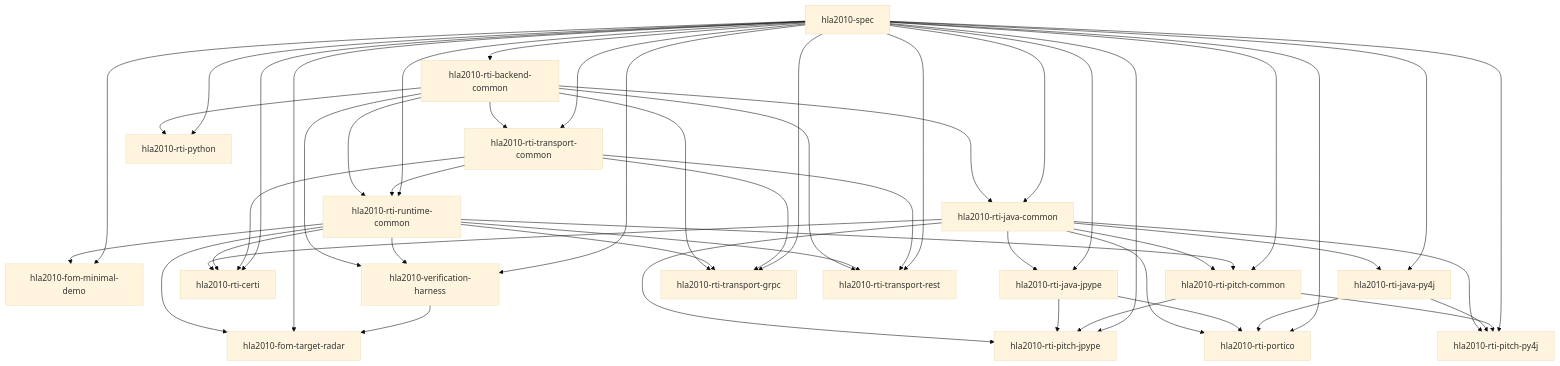
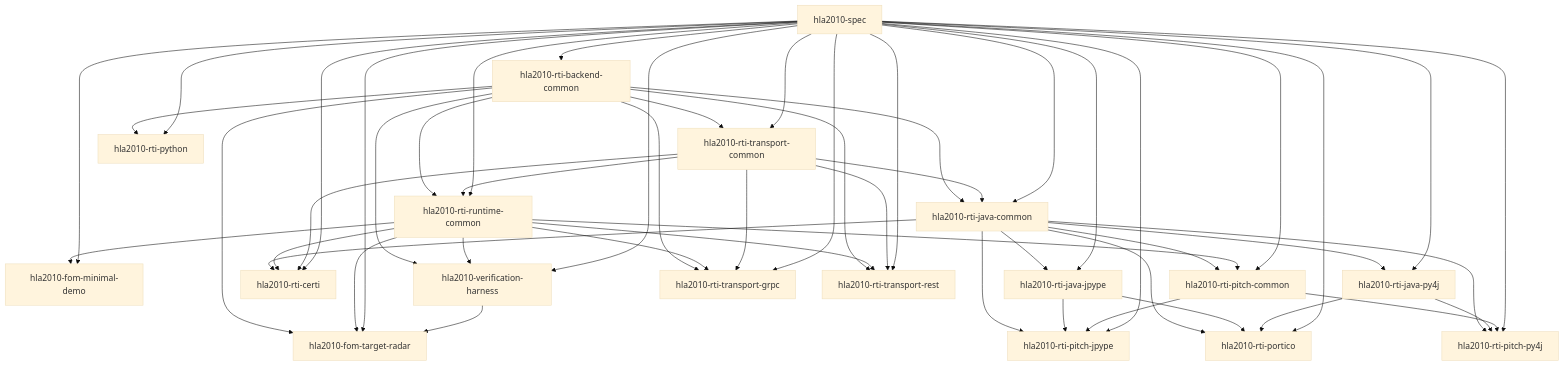
The diagram in docs/package_dependency_tree.md (sheepfling/sturdy-broccoli), drawn with Mermaid (base theme) before and after one commit. The commit also changed other lines of this file and 17 other files, not shown here.

````diff
--- a/docs/package_dependency_tree.md
+++ b/docs/package_dependency_tree.md
@@ -38,53 +38,55 @@
 ```mermaid
 graph TD
     hla2010_rti_runtime_common[hla2010-rti-runtime-common] --> hla2010_fom_minimal_demo[hla2010-fom-minimal-demo]
     hla2010_spec[hla2010-spec] --> hla2010_fom_minimal_demo[hla2010-fom-minimal-demo]
+    hla2010_rti_backend_common[hla2010-rti-backend-common] --> hla2010_fom_target_radar[hla2010-fom-target-radar]
     hla2010_rti_runtime_common[hla2010-rti-runtime-common] --> hla2010_fom_target_radar[hla2010-fom-target-radar]
     hla2010_spec[hla2010-spec] --> hla2010_fom_target_radar[hla2010-fom-target-radar]
     hla2010_verification_harness[hla2010-verification-harness] --> hla2010_fom_target_radar[hla2010-fom-target-radar]
     hla2010_spec[hla2010-spec] --> hla2010_rti_backend_common[hla2010-rti-backend-common]
     hla2010_rti_java_common[hla2010-rti-java-common] --> hla2010_rti_certi[hla2010-rti-certi]
     hla2010_rti_runtime_common[hla2010-rti-runtime-common] --> hla2010_rti_certi[hla2010-rti-certi]
     hla2010_rti_transport_common[hla2010-rti-transport-common] --> hla2010_rti_certi[hla2010-rti-certi]
     hla2010_spec[hla2010-spec] --> hla2010_rti_certi[hla2010-rti-certi]
     hla2010_rti_backend_common[hla2010-rti-backend-common] --> hla2010_rti_java_common[hla2010-rti-java-common]
+    hla2010_rti_transport_common[hla2010-rti-transport-common] --> hla2010_rti_java_common[hla2010-rti-java-common]
     hla2010_spec[hla2010-spec] --> hla2010_rti_java_common[hla2010-rti-java-common]
     hla2010_rti_java_common[hla2010-rti-java-common] --> hla2010_rti_java_jpype[hla2010-rti-java-jpype]
     hla2010_spec[hla2010-spec] --> hla2010_rti_java_jpype[hla2010-rti-java-jpype]
     hla2010_rti_java_common[hla2010-rti-java-common] --> hla2010_rti_java_py4j[hla2010-rti-java-py4j]
     hla2010_spec[hla2010-spec] --> hla2010_rti_java_py4j[hla2010-rti-java-py4j]
     hla2010_rti_java_common[hla2010-rti-java-common] --> hla2010_rti_pitch_common[hla2010-rti-pitch-common]
     hla2010_rti_runtime_common[hla2010-rti-runtime-common] --> hla2010_rti_pitch_common[hla2010-rti-pitch-common]
     hla2010_spec[hla2010-spec] --> hla2010_rti_pitch_common[hla2010-rti-pitch-common]
     hla2010_rti_java_common[hla2010-rti-java-common] --> hla2010_rti_pitch_jpype[hla2010-rti-pitch-jpype]
     hla2010_rti_java_jpype[hla2010-rti-java-jpype] --> hla2010_rti_pitch_jpype[hla2010-rti-pitch-jpype]
     hla2010_rti_pitch_common[hla2010-rti-pitch-common] --> hla2010_rti_pitch_jpype[hla2010-rti-pitch-jpype]
     hla2010_spec[hla2010-spec] --> hla2010_rti_pitch_jpype[hla2010-rti-pitch-jpype]
     hla2010_rti_java_common[hla2010-rti-java-common] --> hla2010_rti_pitch_py4j[hla2010-rti-pitch-py4j]
     hla2010_rti_java_py4j[hla2010-rti-java-py4j] --> hla2010_rti_pitch_py4j[hla2010-rti-pitch-py4j]
     hla2010_rti_pitch_common[hla2010-rti-pitch-common] --> hla2010_rti_pitch_py4j[hla2010-rti-pitch-py4j]
     hla2010_spec[hla2010-spec] --> hla2010_rti_pitch_py4j[hla2010-rti-pitch-py4j]
     hla2010_rti_java_common[hla2010-rti-java-common] --> hla2010_rti_portico[hla2010-rti-portico]
     hla2010_rti_java_jpype[hla2010-rti-java-jpype] --> hla2010_rti_portico[hla2010-rti-portico]
     hla2010_rti_java_py4j[hla2010-rti-java-py4j] --> hla2010_rti_portico[hla2010-rti-portico]
     hla2010_spec[hla2010-spec] --> hla2010_rti_portico[hla2010-rti-portico]
     hla2010_rti_backend_common[hla2010-rti-backend-common] --> hla2010_rti_python[hla2010-rti-python]
     hla2010_spec[hla2010-spec] --> hla2010_rti_python[hla2010-rti-python]
     hla2010_rti_backend_common[hla2010-rti-backend-common] --> hla2010_rti_runtime_common[hla2010-rti-runtime-common]
     hla2010_rti_transport_common[hla2010-rti-transport-common] --> hla2010_rti_runtime_common[hla2010-rti-runtime-common]
     hla2010_spec[hla2010-spec] --> hla2010_rti_runtime_common[hla2010-rti-runtime-common]
     hla2010_rti_backend_common[hla2010-rti-backend-common] --> hla2010_rti_transport_common[hla2010-rti-transport-common]
     hla2010_spec[hla2010-spec] --> hla2010_rti_transport_common[hla2010-rti-transport-common]
     hla2010_rti_backend_common[hla2010-rti-backend-common] --> hla2010_rti_transport_grpc[hla2010-rti-transport-grpc]
     hla2010_rti_runtime_common[hla2010-rti-runtime-common] --> hla2010_rti_transport_grpc[hla2010-rti-transport-grpc]
     hla2010_rti_transport_common[hla2010-rti-transport-common] --> hla2010_rti_transport_grpc[hla2010-rti-transport-grpc]
     hla2010_spec[hla2010-spec] --> hla2010_rti_transport_grpc[hla2010-rti-transport-grpc]
     hla2010_rti_backend_common[hla2010-rti-backend-common] --> hla2010_rti_transport_rest[hla2010-rti-transport-rest]
     hla2010_rti_runtime_common[hla2010-rti-runtime-common] --> hla2010_rti_transport_rest[hla2010-rti-transport-rest]
     hla2010_rti_transport_common[hla2010-rti-transport-common] --> hla2010_rti_transport_rest[hla2010-rti-transport-rest]
     hla2010_spec[hla2010-spec] --> hla2010_rti_transport_rest[hla2010-rti-transport-rest]
     hla2010_spec[hla2010-spec]
     hla2010_rti_backend_common[hla2010-rti-backend-common] --> hla2010_verification_harness[hla2010-verification-harness]
     hla2010_rti_runtime_common[hla2010-rti-runtime-common] --> hla2010_verification_harness[hla2010-verification-harness]
     hla2010_spec[hla2010-spec] --> hla2010_verification_harness[hla2010-verification-harness]
 ```
````
